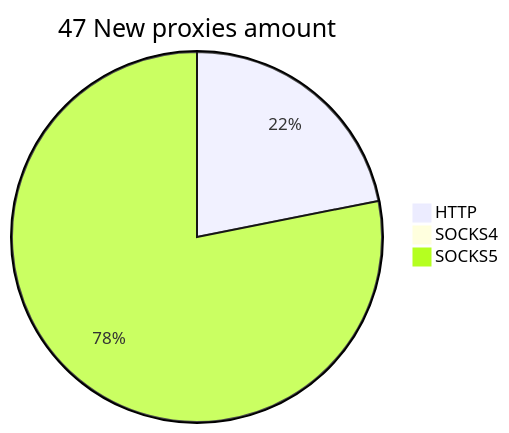
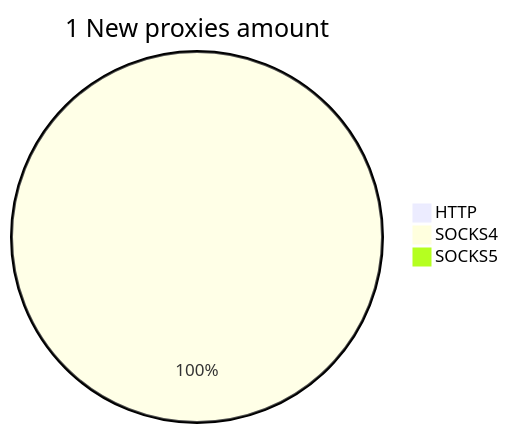
One commit to cutipu/proxylist changed the second of 2 diagrams in README.md. Above: the diagram before and after it, drawn with Mermaid. The commit also changed other lines of this file, not shown here.

````diff
--- a/README.md
+++ b/README.md
@@ -10,6 +10,6 @@
 ```mermaid
-pie title 47 New proxies amount
-    "HTTP" : 21
-    "SOCKS4" : 0
-    "SOCKS5" : 75
+pie title 1 New proxies amount
+    "HTTP" : 0
+    "SOCKS4" : 1
+    "SOCKS5" : 0
 ```
````
